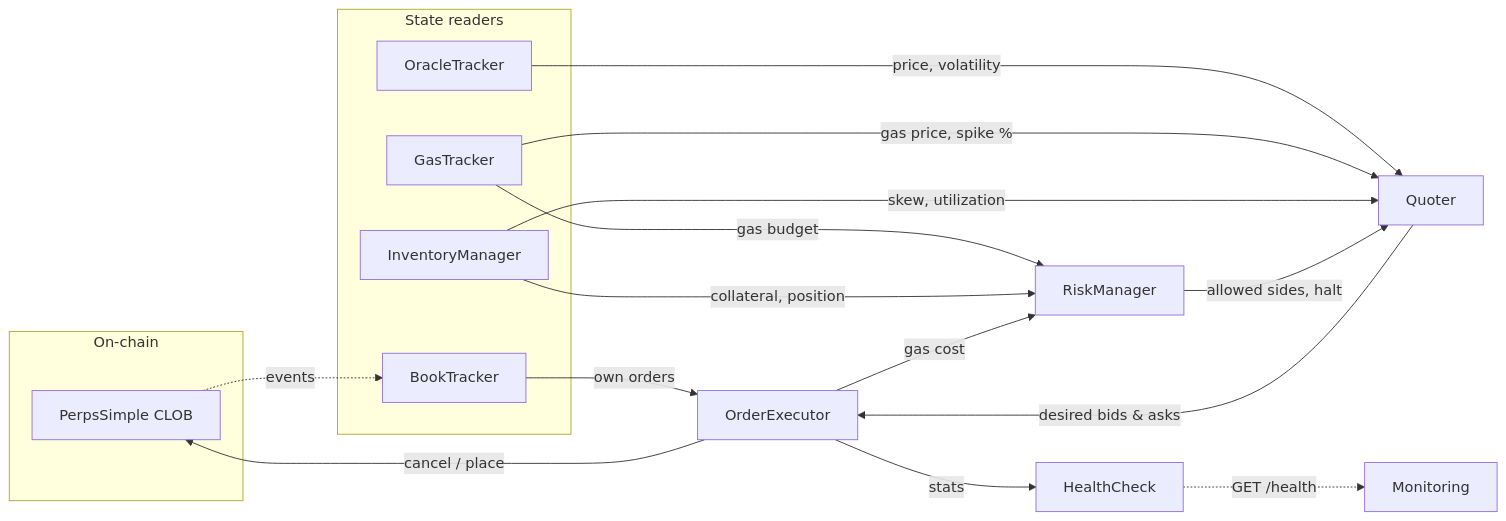
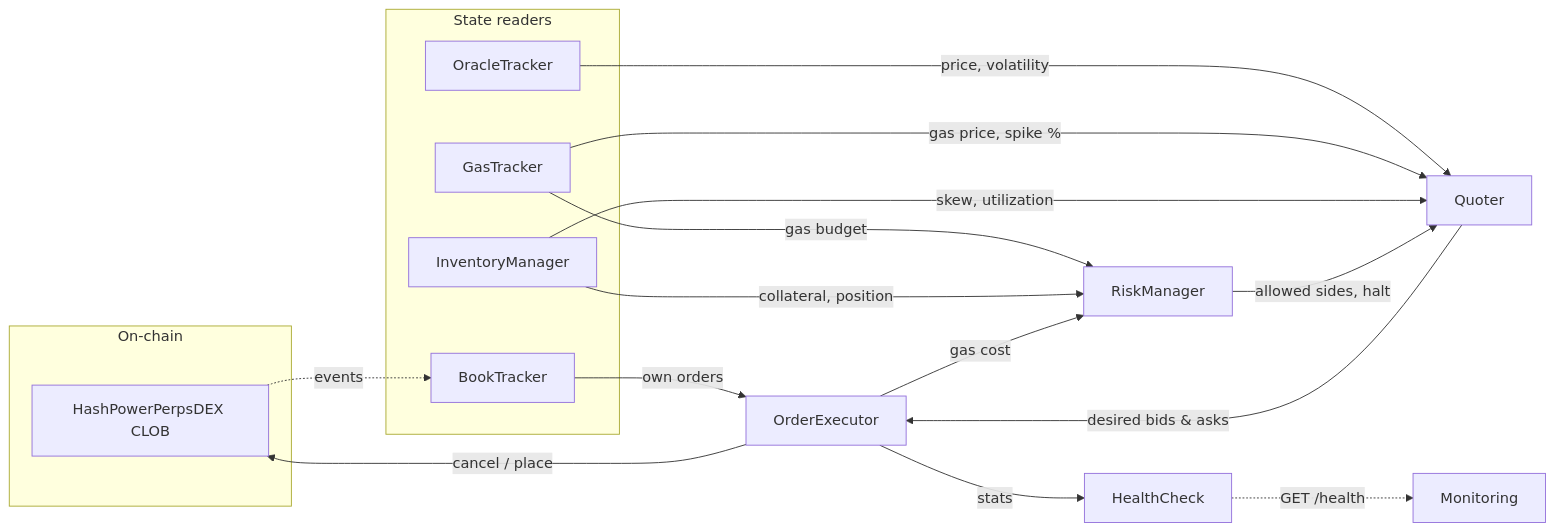
One commit to Lumerin-protocol/derivatives-marketplace changed the diagram in market-maker/README.md. Above: the diagram before and after it, drawn with Mermaid. The commit also changed other lines of this file and 68 other files, not shown here.

````diff
--- a/market-maker/README.md
+++ b/market-maker/README.md
@@ -9,28 +9,28 @@
 ```mermaid
 graph LR
   subgraph On-chain
-    CLOB[PerpsSimple CLOB]
+    CLOB[HashPowerPerpsDEX CLOB]
   end
 
   subgraph State readers
     OT[OracleTracker]
     GT[GasTracker]
     BT[BookTracker]
     IM[InventoryManager]
   end
 
   OT -- price, volatility --> Q[Quoter]
   GT -- gas price, spike % --> Q
   IM -- skew, utilization --> Q
   GT -- gas budget --> RM[RiskManager]
   IM -- collateral, position --> RM
   RM -- allowed sides, halt --> Q
   Q -- desired bids & asks --> OE[OrderExecutor]
   OE -- cancel / place --> CLOB
   BT -- own orders --> OE
   CLOB -. events .-> BT
   OE -- gas cost --> RM
   OE -- stats --> HC[HealthCheck]
 
   HC -. "GET /health" .-> Mon[Monitoring]
 ```
````
